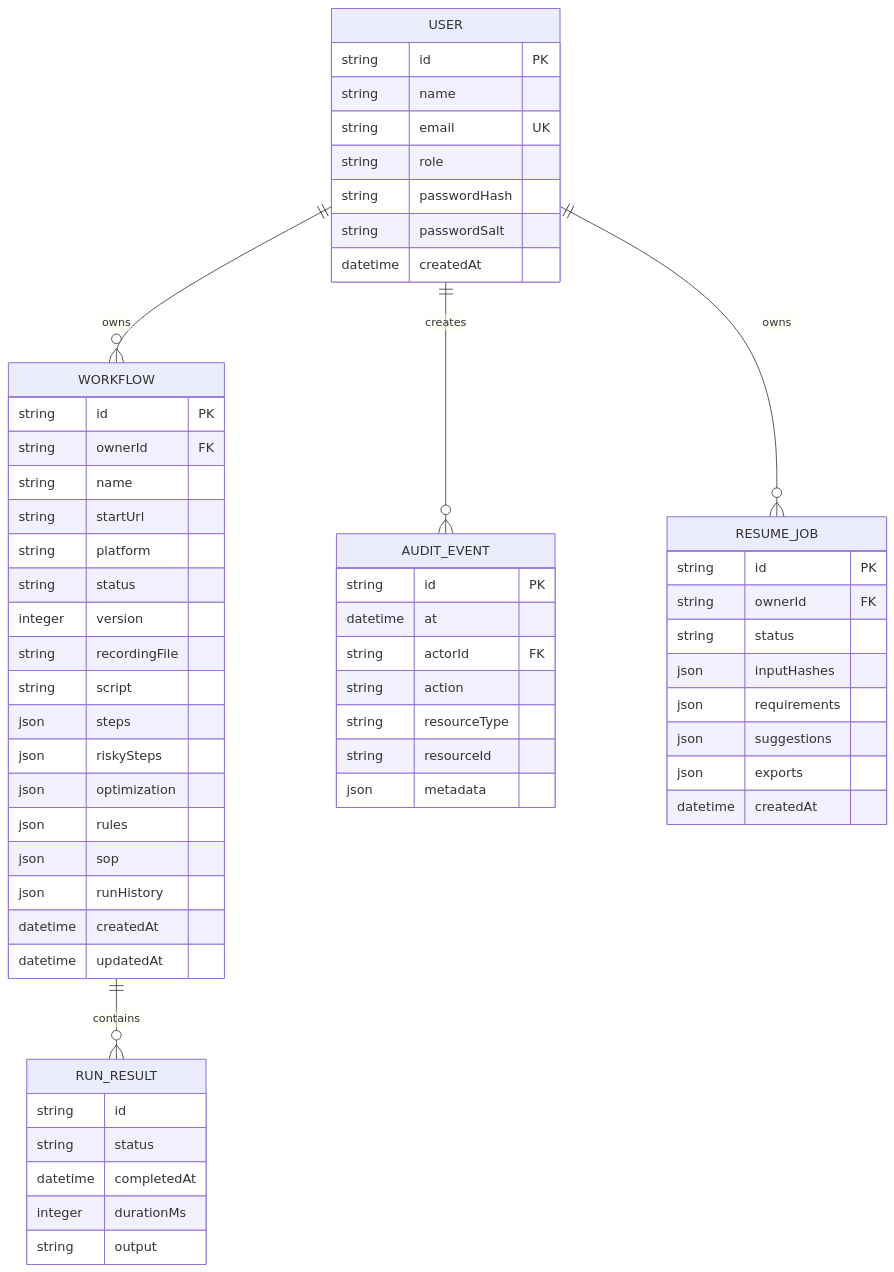
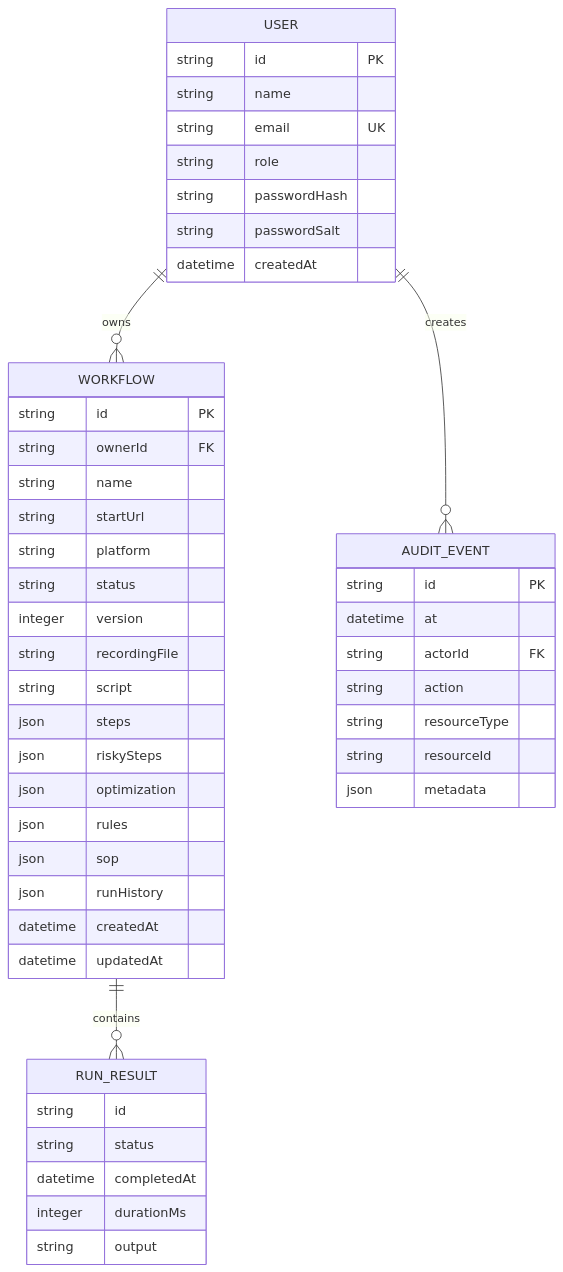
Before and after one commit to ThakurRanveerSingh/Chayya_OpenAIBuildWeek: the first of 3 diagrams in docs/ARCHITECTURE-LLD.md, drawn with Mermaid. The commit also changed other lines of this file and 31 other files, not shown here.

````diff
--- a/docs/ARCHITECTURE-LLD.md
+++ b/docs/ARCHITECTURE-LLD.md
@@ -17,62 +16,51 @@
 ```mermaid
 erDiagram
   USER ||--o{ WORKFLOW : owns
   USER ||--o{ AUDIT_EVENT : creates
   WORKFLOW ||--o{ RUN_RESULT : contains
-  USER ||--o{ RESUME_JOB : owns
 
   USER {
     string id PK
     string name
     string email UK
     string role
     string passwordHash
     string passwordSalt
     datetime createdAt
   }
   WORKFLOW {
     string id PK
     string ownerId FK
     string name
     string startUrl
     string platform
     string status
     integer version
     string recordingFile
     string script
     json steps
     json riskySteps
     json optimization
     json rules
     json sop
     json runHistory
     datetime createdAt
     datetime updatedAt
   }
   RUN_RESULT {
     string id
     string status
     datetime completedAt
     integer durationMs
     string output
   }
-  RESUME_JOB {
-    string id PK
-    string ownerId FK
-    string status
-    json inputHashes
-    json requirements
-    json suggestions
-    json exports
-    datetime createdAt
-  }
   AUDIT_EVENT {
     string id PK
     datetime at
     string actorId FK
     string action
     string resourceType
     string resourceId
     json metadata
   }
 ```
````
